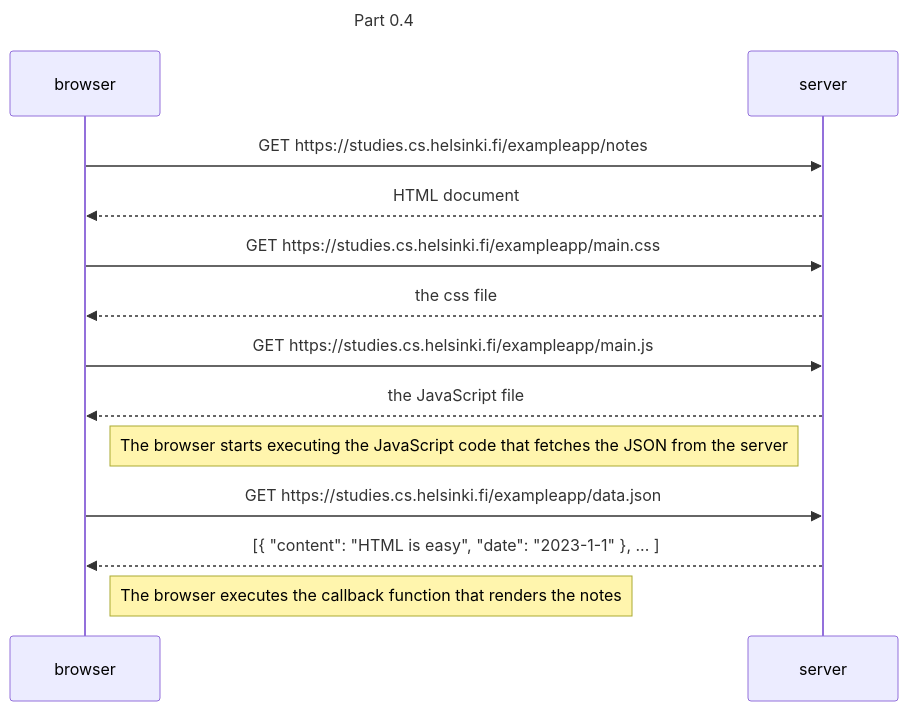
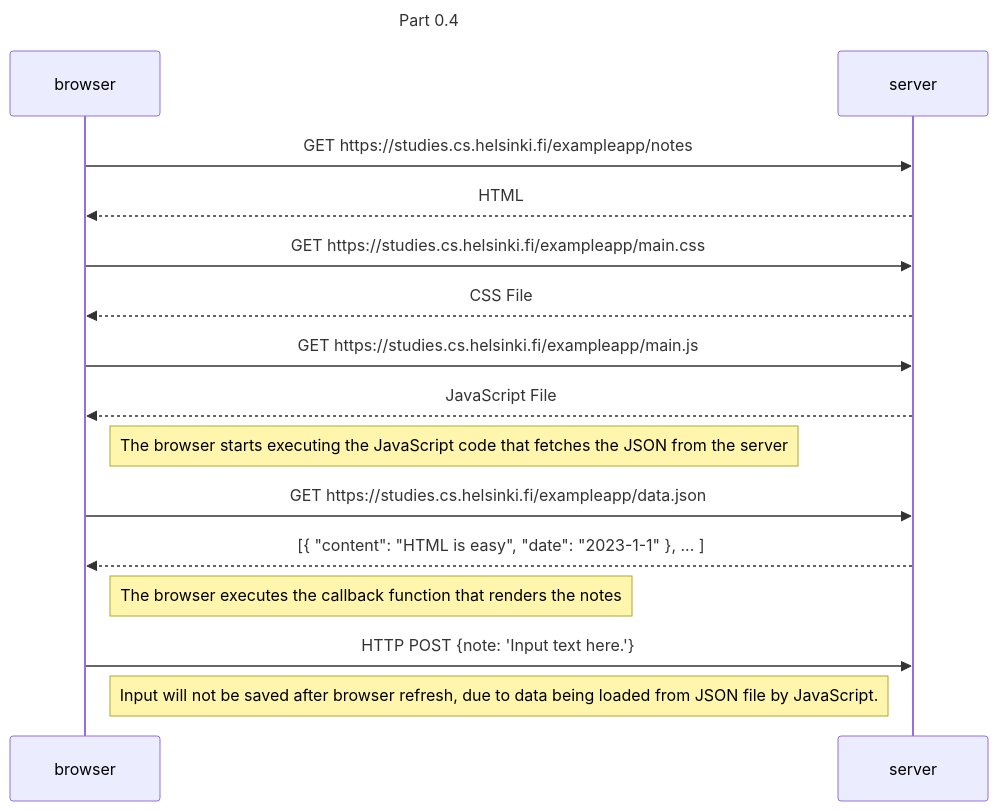
Before and after one commit to MatthewL1999/Fullstack_Open_Exercises: the diagram in 0.4.md, drawn with Mermaid.

````diff
--- a/0.4.md
+++ b/0.4.md
@@ -1,21 +1,24 @@
 ```mermaid
 sequenceDiagram
     Title: Part 0.4
 
     browser->>server: GET https://studies.cs.helsinki.fi/exampleapp/notes
-    server-->>browser: HTML document
+    server-->>browser: HTML
 
     browser->>server: GET https://studies.cs.helsinki.fi/exampleapp/main.css
-    server-->>browser: the css file
+    server-->>browser: CSS File
    
     browser->>server: GET https://studies.cs.helsinki.fi/exampleapp/main.js
-    server-->>browser: the JavaScript file
+    server-->>browser: JavaScript File
 
     Note right of browser: The browser starts executing the JavaScript code that fetches the JSON from the server
 
     browser->>server: GET https://studies.cs.helsinki.fi/exampleapp/data.json
     server-->>browser: [{ "content": "HTML is easy", "date": "2023-1-1" }, ... ]
    
+    Note right of browser: The browser executes the callback function that renders the notes
 
-    Note right of browser: The browser executes the callback function that renders the notes
+    browser->>server: HTTP POST {note: 'Input text here.'}
+
+    Note right of browser: Input will not be saved after browser refresh, due to data being loaded from JSON file by JavaScript.
 ```
````
